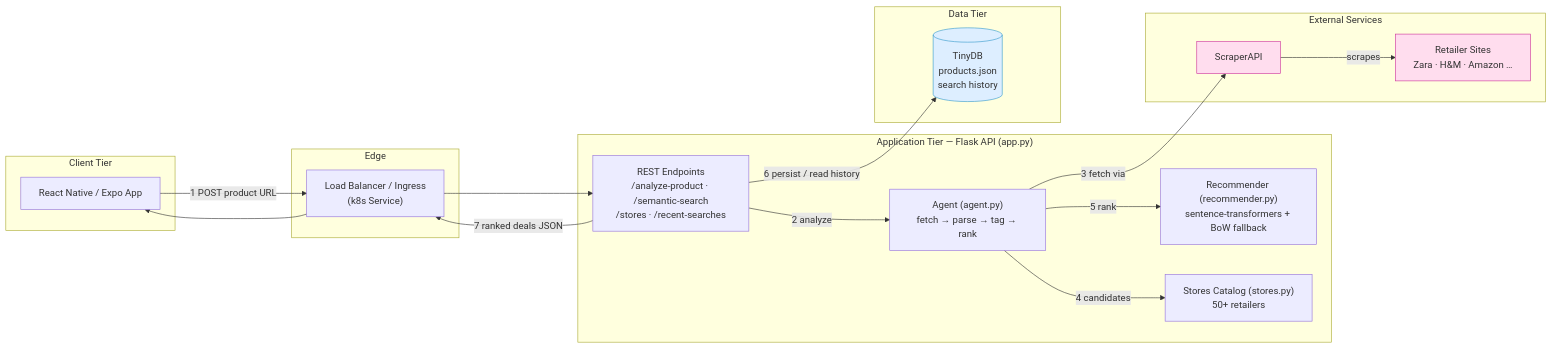
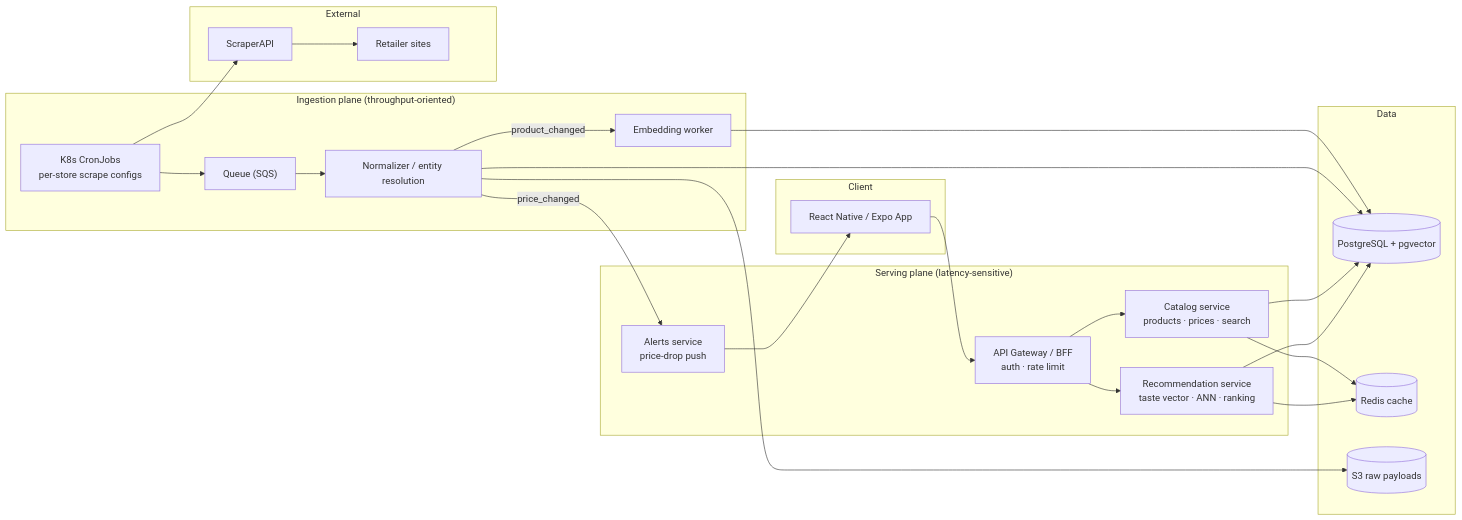
Before and after one commit to pinaki-08/fashion-deal-recommender: the diagram in README.md, drawn with Mermaid. The commit also changed other lines of this file, not shown here.

Commit message:
docs: rewrite README around full system architecture

````diff
--- a/README.md
+++ b/README.md
@@ -39,41 +31,40 @@
 ```mermaid
 flowchart LR
-    subgraph CLIENT["Client Tier"]
+    subgraph CLIENT["Client"]
         U["React Native / Expo App"]
     end
 
-    subgraph EDGE["Edge"]
-        LB["Load Balancer / Ingress<br/>(k8s Service)"]
+    subgraph SERVING["Serving plane (latency-sensitive)"]
+        GW["API Gateway / BFF<br/>auth · rate limit"]
+        REC["Recommendation service<br/>taste vector · ANN · ranking"]
+        CAT["Catalog service<br/>products · prices · search"]
+        ALR["Alerts service<br/>price-drop push"]
     end
 
-    subgraph APP["Application Tier — Flask API (app.py)"]
-        API["REST Endpoints<br/>/analyze-product · /semantic-search<br/>/stores · /recent-searches"]
-        AG["Agent (agent.py)<br/>fetch → parse → tag → rank"]
-        REC["Recommender (recommender.py)<br/>sentence-transformers + BoW fallback"]
-        ST["Stores Catalog (stores.py)<br/>50+ retailers"]
+    subgraph INGEST["Ingestion plane (throughput-oriented)"]
+        CRON["K8s CronJobs<br/>per-store scrape configs"]
+        Q["Queue (SQS)"]
+        NORM["Normalizer / entity resolution"]
+        EMB["Embedding worker"]
     end
 
-    subgraph DATA["Data Tier"]
-        DB[("TinyDB<br/>products.json<br/>search history")]
+    subgraph DATA["Data"]
+        PG[("PostgreSQL + pgvector")]
+        RD[("Redis cache")]
+        S3[("S3 raw payloads")]
     end
 
-    subgraph EXT["External Services"]
+    subgraph EXT["External"]
         SAPI["ScraperAPI"]
-        WEB["Retailer Sites<br/>Zara · H&M · Amazon …"]
+        WEB["Retailer sites"]
     end
 
-    U -- "1 POST product URL" --> LB
-    LB --> API
-    API -- "2 analyze" --> AG
-    AG -- "3 fetch via" --> SAPI
-    SAPI -- "scrapes" --> WEB
-    AG -- "4 candidates" --> ST
-    AG -- "5 rank" --> REC
-    API -- "6 persist / read history" --> DB
-    API -- "7 ranked deals JSON" --> LB --> U
-
-    classDef ext fill:#fde,stroke:#c39;
-    classDef data fill:#def,stroke:#39c;
-    class SAPI,WEB ext;
-    class DB data;
+    U --> GW --> REC & CAT
+    REC --> PG & RD
+    CAT --> PG & RD
+    CRON --> SAPI --> WEB
+    CRON --> Q --> NORM --> PG
+    NORM --> S3
+    NORM -- "product_changed" --> EMB --> PG
+    NORM -- "price_changed" --> ALR --> U
 ```
````
